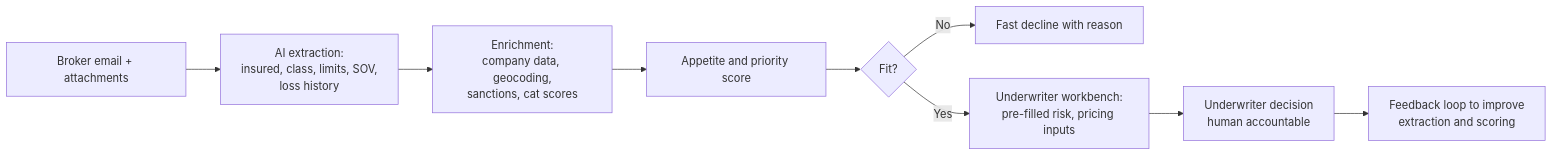
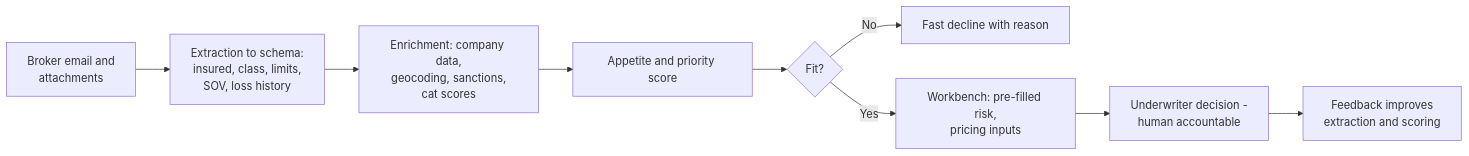
One commit to gazal-gupta/Insurance-Domain changed the first of 3 diagrams in london-market-lloyds-guide/09-Advanced-AI-in-London-Market.md. Above: the diagram before and after it, drawn with Mermaid. The commit also changed other lines of this file, not shown here.

````diff
--- a/london-market-lloyds-guide/09-Advanced-AI-in-London-Market.md
+++ b/london-market-lloyds-guide/09-Advanced-AI-in-London-Market.md
@@ -65,11 +76,11 @@
 ```mermaid
 flowchart LR
-  A[Broker email + attachments] --> B[AI extraction:<br/>insured, class, limits, SOV,<br/>loss history]
-  B --> C[Enrichment:<br/>company data, geocoding,<br/>sanctions, cat scores]
+  A[Broker email and<br/>attachments] --> B[Extraction to schema:<br/>insured, class, limits,<br/>SOV, loss history]
+  B --> C[Enrichment: company data,<br/>geocoding, sanctions,<br/>cat scores]
   C --> D[Appetite and priority score]
   D --> E{Fit?}
   E -- No --> F[Fast decline with reason]
-  E -- Yes --> G[Underwriter workbench:<br/>pre-filled risk, pricing inputs]
-  G --> H[Underwriter decision<br/>human accountable]
-  H --> I[Feedback loop to improve<br/>extraction and scoring]
+  E -- Yes --> G[Workbench: pre-filled risk,<br/>pricing inputs]
+  G --> H[Underwriter decision -<br/>human accountable]
+  H --> I[Feedback improves<br/>extraction and scoring]
 ```
````
